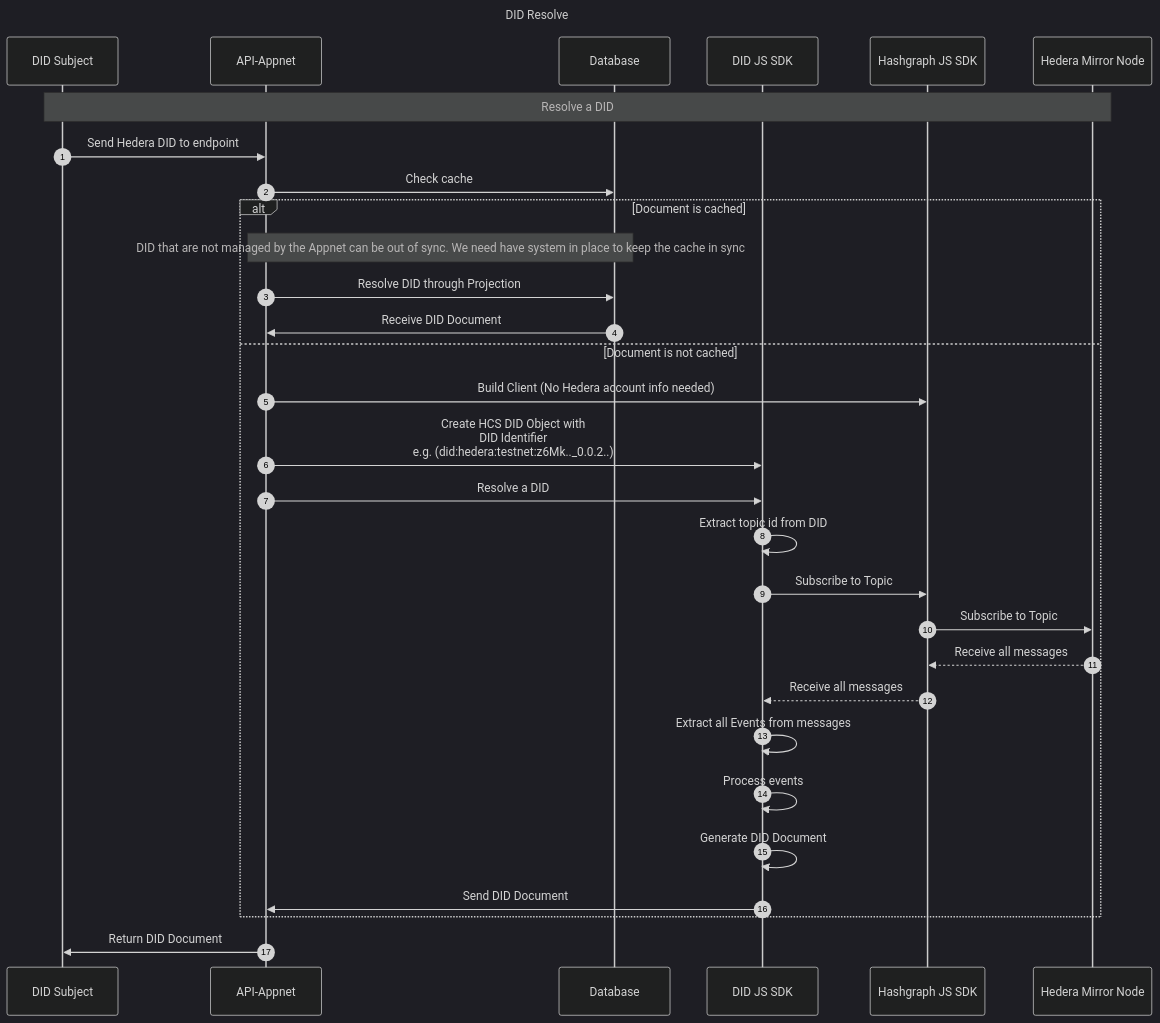
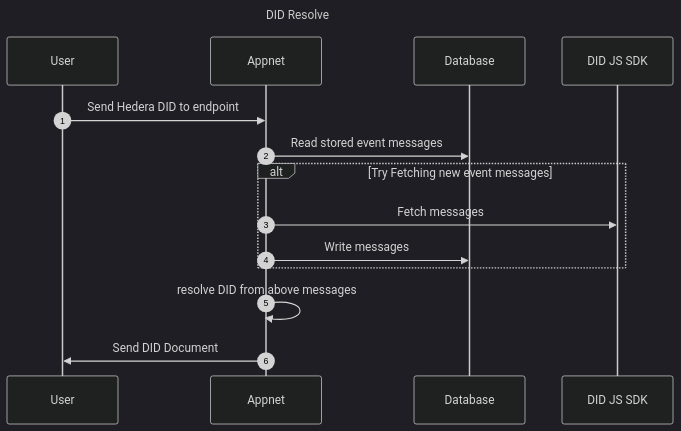
Before and after one commit to Meeco/hedera-did-identity-network: the diagram in documentation/diagrams/did-resolve.mmd, drawn with Mermaid (dark theme). The commit also changed other lines of this file, not shown here.

```diff
--- a/documentation/diagrams/did-resolve.mmd
+++ b/documentation/diagrams/did-resolve.mmd
@@ -1,34 +1,18 @@
 sequenceDiagram
 Title: DID Resolve
 
   autonumber
-  participant Subject as DID Subject
-  participant App as API-Appnet
-  participant Database as Database
+  participant user as User
+  participant App as Appnet 
+  participant DB as Database
   participant SDK as DID JS SDK
-  participant HSDK as Hashgraph JS SDK
-  participant HMN as Hedera Mirror Node
 
-note over Subject,HMN: Resolve a DID
-Subject ->> App: Send Hedera DID to endpoint
-App ->> Database: Check cache
-alt Document is cached
-note over App,Database: DID that are not managed by the Appnet can be out of sync. We need have system in place to keep the cache in sync
-App ->> Database: Resolve DID through Projection
-Database ->> App: Receive DID Document
-else Document is not cached
-App ->> HSDK: Build Client (No Hedera account info needed)
 
-App ->> SDK: Create HCS DID Object with <br> DID Identifier <br> e.g. (did:hedera:testnet:z6Mk.._0.0.2..)
-App ->> SDK: Resolve a DID
-SDK ->> SDK: Extract topic id from DID
-SDK ->> HSDK: Subscribe to Topic
-HSDK ->> HMN: Subscribe to Topic
-HMN -->> HSDK: Receive all messages
-HSDK -->> SDK: Receive all messages
-SDK ->> SDK: Extract all Events from messages
-SDK ->> SDK: Process events
-SDK ->> SDK: Generate DID Document
-SDK ->> App: Send DID Document
+user ->> App: Send Hedera DID to endpoint
+App ->> DB: Read stored event messages
+alt Try Fetching new event messages 
+App ->> SDK: Fetch messages 
+App ->> DB: Write messages 
 end
-App->>Subject: Return DID Document
+App ->> App: resolve DID from above messages
+App ->> user: Send DID Document
```
